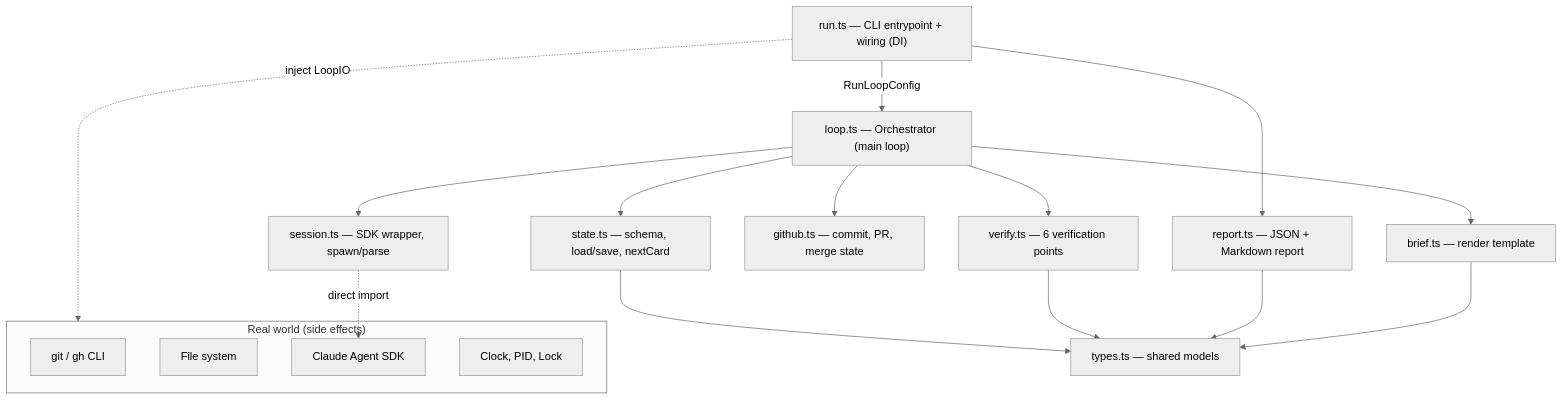
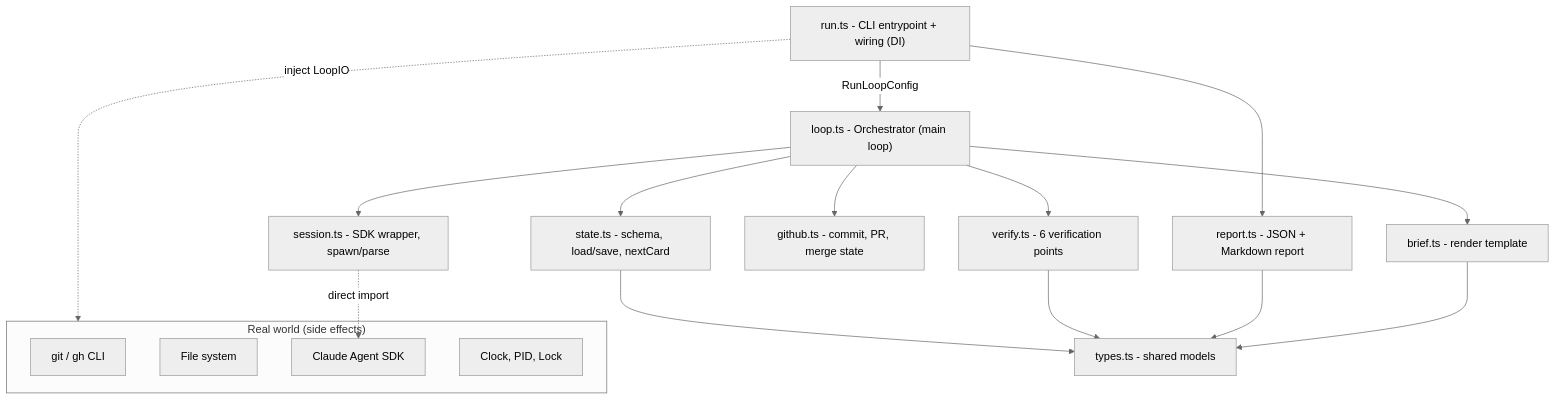
The second of 7 diagrams in src/content/posts/tribe-campaign-runner-orchestrator.md (hieplam/memo), drawn with Mermaid (neutral theme) before and after one commit. The commit also changed other lines of this file and 131 other files, not shown here.

````diff
--- a/src/content/posts/tribe-campaign-runner-orchestrator.md
+++ b/src/content/posts/tribe-campaign-runner-orchestrator.md
@@ -66,32 +66,32 @@
 ```mermaid
 flowchart TB
   subgraph WORLD["Real world (side effects)"]
     GIT["git / gh CLI"]
     FS["File system"]
     SDK["Claude Agent SDK"]
     OS["Clock, PID, Lock"]
   end
-  RUN["run.ts — CLI entrypoint + wiring (DI)"]
-  LOOP["loop.ts — Orchestrator (main loop)"]
-  STATE["state.ts — schema, load/save, nextCard"]
-  SESSION["session.ts — SDK wrapper, spawn/parse"]
-  VERIFY["verify.ts — 6 verification points"]
-  GITHUB["github.ts — commit, PR, merge state"]
-  REPORT["report.ts — JSON + Markdown report"]
-  BRIEF["brief.ts — render template"]
-  TYPES["types.ts — shared models"]
+  RUN["run.ts - CLI entrypoint + wiring (DI)"]
+  LOOP["loop.ts - Orchestrator (main loop)"]
+  STATE["state.ts - schema, load/save, nextCard"]
+  SESSION["session.ts - SDK wrapper, spawn/parse"]
+  VERIFY["verify.ts - 6 verification points"]
+  GITHUB["github.ts - commit, PR, merge state"]
+  REPORT["report.ts - JSON + Markdown report"]
+  BRIEF["brief.ts - render template"]
+  TYPES["types.ts - shared models"]
 
   RUN -->|RunLoopConfig| LOOP
   RUN -.->|inject LoopIO| WORLD
   RUN --> REPORT
   LOOP --> STATE
   LOOP --> SESSION
   LOOP --> VERIFY
   LOOP --> GITHUB
   LOOP --> BRIEF
   SESSION -.->|direct import| SDK
   STATE --> TYPES
   VERIFY --> TYPES
   REPORT --> TYPES
   BRIEF --> TYPES
 ```
````
